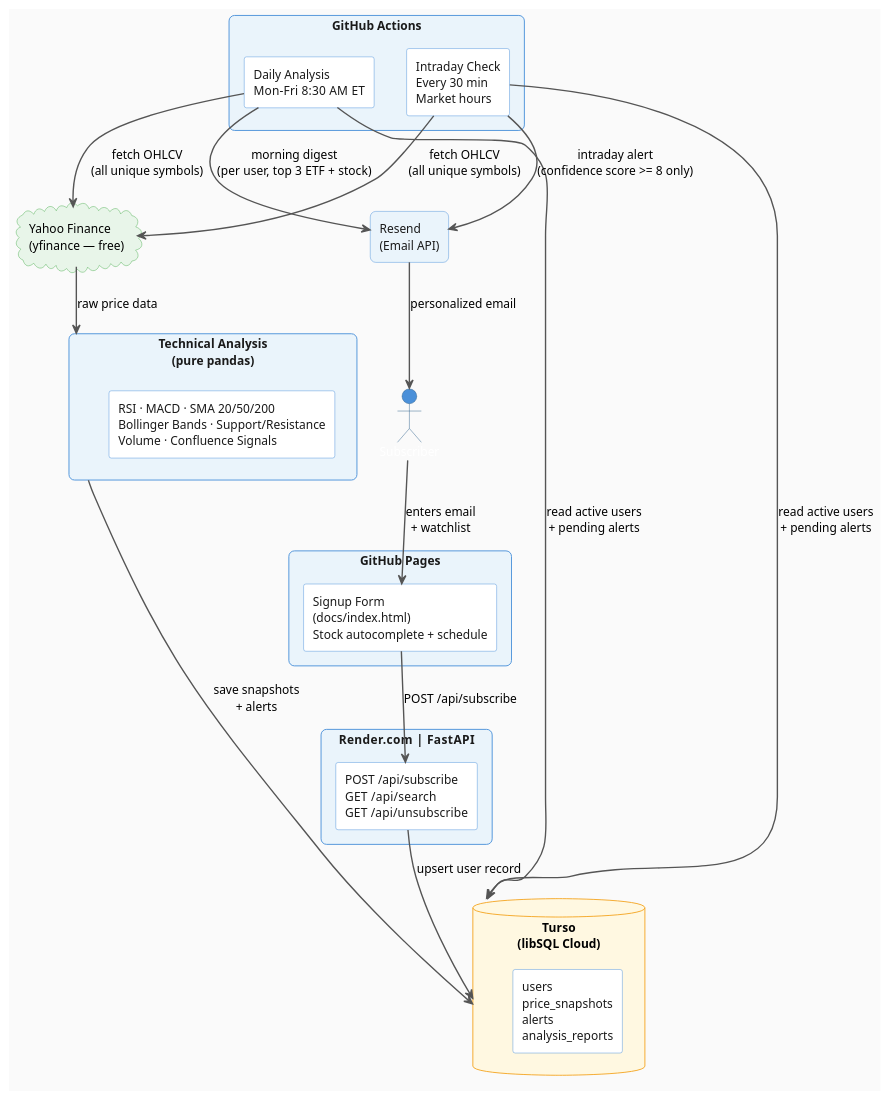
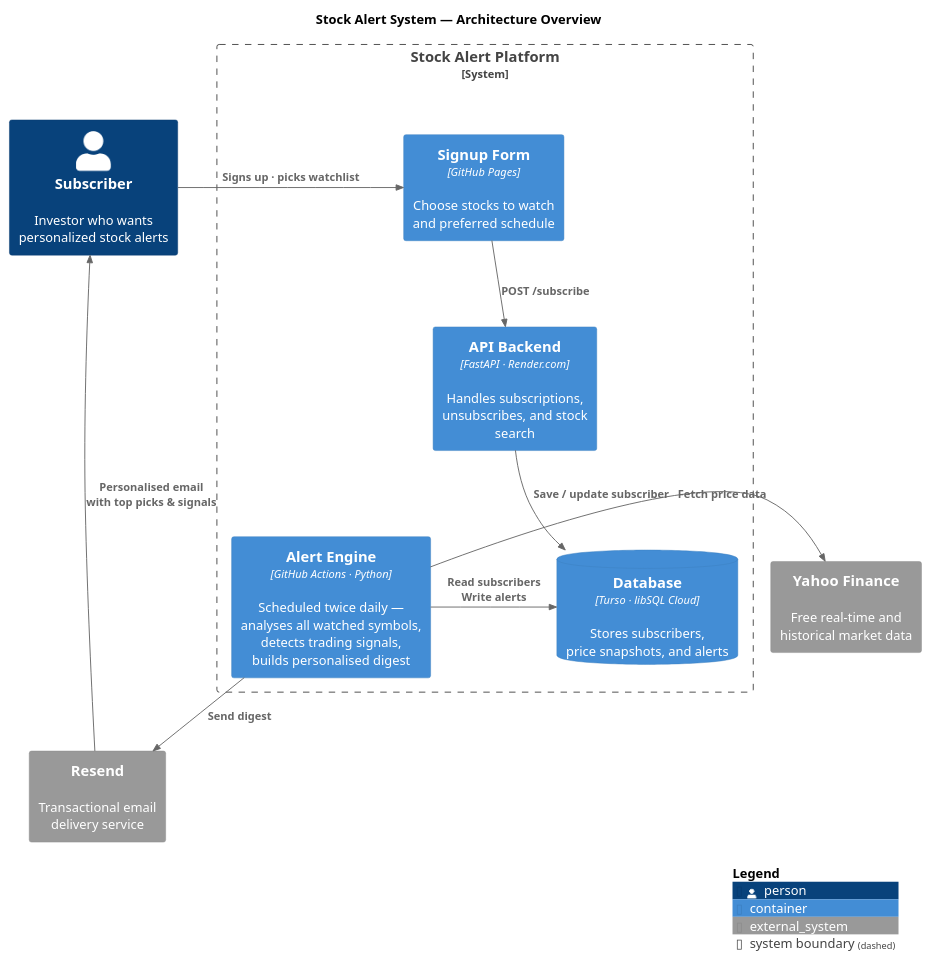
Before and after one commit to DamyTheKnightKing/stock-alert-system: the diagram in docs/architecture.puml, drawn with PlantUML. The commit also changed 1 other file, not shown here.

Commit message:
docs: redesign architecture diagram using C4 model — CEO/customer ready

```diff
--- a/docs/architecture.puml
+++ b/docs/architecture.puml
@@ -1,84 +1,37 @@
-@startuml Stock Alert System
+@startuml
+!include https://raw.githubusercontent.com/plantuml-stdlib/C4-PlantUML/master/C4_Container.puml
 
-skinparam backgroundColor #FAFAFA
-skinparam componentStyle rectangle
-skinparam defaultFontName Arial
-skinparam defaultFontSize 13
-skinparam ArrowColor #555555
-skinparam ArrowThickness 1.5
+HIDE_STEREOTYPE()
 
-skinparam actor {
-  BackgroundColor #4A90D9
-  BorderColor #2C5F8A
-  FontColor white
+title Stock Alert System — Architecture Overview
+
+Person(subscriber, "Subscriber", "Investor who wants\npersonalized stock alerts")
+
+System_Boundary(platform, "Stock Alert Platform") {
+
+    Container(form, "Signup Form", "GitHub Pages", "Choose stocks to watch\nand preferred schedule")
+
+    Container(api, "API Backend", "FastAPI · Render.com", "Handles subscriptions,\nunsubscribes, and stock search")
+
+    ContainerDb(db, "Database", "Turso · libSQL Cloud", "Stores subscribers,\nprice snapshots, and alerts")
+
+    Container(engine, "Alert Engine", "GitHub Actions · Python", "Scheduled twice daily —\nanalyses all watched symbols,\ndetects trading signals,\nbuilds personalised digest")
+
 }
 
-skinparam rectangle {
-  BackgroundColor #EAF4FB
-  BorderColor #4A90D9
-  FontColor #1A1A1A
-  RoundCorner 12
-}
+System_Ext(market, "Yahoo Finance", "Free real-time and\nhistorical market data")
 
-skinparam component {
-  BackgroundColor #FFFFFF
-  BorderColor #4A90D9
-  FontColor #1A1A1A
-}
+System_Ext(email, "Resend", "Transactional email\ndelivery service")
 
-skinparam database {
-  BackgroundColor #FFF8E1
-  BorderColor #F5A623
-}
+Rel_R(subscriber, form, "Signs up · picks watchlist")
+Rel_D(form, api, "POST /subscribe")
+Rel_D(api, db, "Save / update subscriber")
 
-skinparam cloud {
-  BackgroundColor #E8F5E9
-  BorderColor #4CAF50
-}
+Rel_L(engine, market, "Fetch price data")
+Rel_R(engine, db, "Read subscribers\nWrite alerts")
+Rel_D(engine, email, "Send digest")
+Rel_U(email, subscriber, "Personalised email\nwith top picks & signals")
 
-actor "Subscriber" as user
-
-rectangle "GitHub Pages" as pages {
-  component "Signup Form\n(docs/index.html)\nStock autocomplete + schedule" as form
-}
-
-rectangle "Render.com  |  FastAPI" as render {
-  component "POST /api/subscribe\nGET  /api/search\nGET  /api/unsubscribe" as api
-}
-
-rectangle "GitHub Actions" as ga {
-  component "Daily Analysis\nMon–Fri  8:30 AM ET" as daily
-  component "Intraday Check\nEvery 30 min\nMarket hours" as intraday
-}
-
-database "Turso\n(libSQL Cloud)" as turso {
-  component "users\nprice_snapshots\nalerts\nanalysis_reports" as tables
-}
-
-cloud "Yahoo Finance\n(yfinance — free)" as yfinance
-
-rectangle "Resend\n(Email API)" as resend
-
-rectangle "Technical Analysis\n(pure pandas)" as ta {
-  component "RSI · MACD · SMA 20/50/200\nBollinger Bands · Support/Resistance\nVolume · Confluence Signals" as indicators
-}
-
-user --> form         : enters email\n+ watchlist
-form --> api          : POST /api/subscribe
-api --> turso         : upsert user record
-
-daily --> yfinance    : fetch OHLCV\n(all unique symbols)
-intraday --> yfinance : fetch OHLCV\n(all unique symbols)
-
-yfinance --> ta       : raw price data
-ta --> turso          : save snapshots\n+ alerts
-
-daily --> turso       : read active users\n+ pending alerts
-intraday --> turso    : read active users\n+ pending alerts
-
-daily --> resend      : morning digest\n(per user, top 3 ETF + stock)
-intraday --> resend   : intraday alert\n(confidence score >= 8 only)
-
-resend --> user       : personalized email
+SHOW_LEGEND()
 
 @enduml
```
